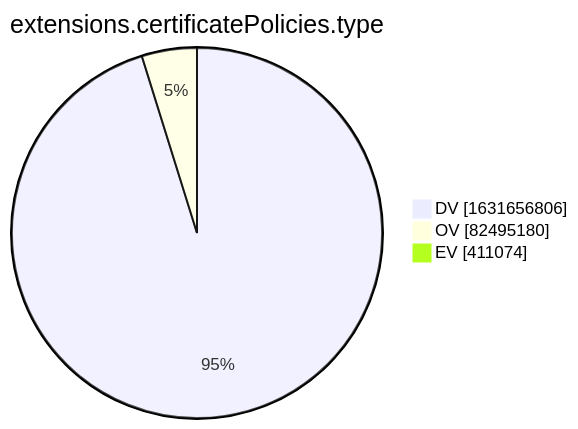
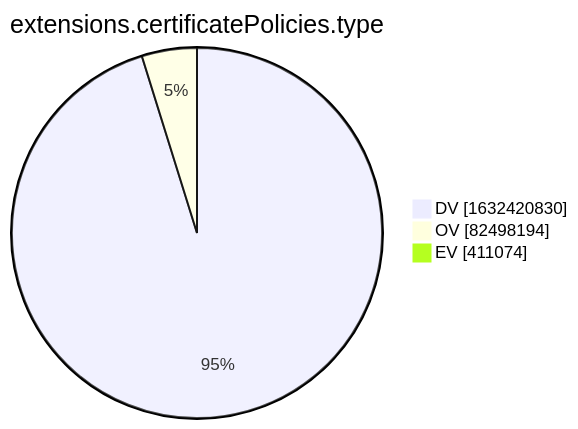
One commit to christiankrug/ctmonitor_visualization changed the tenth of 15 diagrams in xenon2022/README.md. Above: the diagram before and after it, drawn with Mermaid. The commit also changed other lines of this file, not shown here.

````diff
--- a/xenon2022/README.md
+++ b/xenon2022/README.md
@@ -2878,7 +2878,7 @@
 ```mermaid
 pie showData
 title extensions.certificatePolicies.type
-"DV" :1631656806
-"OV" :82495180
+"DV" :1632420830
+"OV" :82498194
 "EV" :411074
 ```
````
